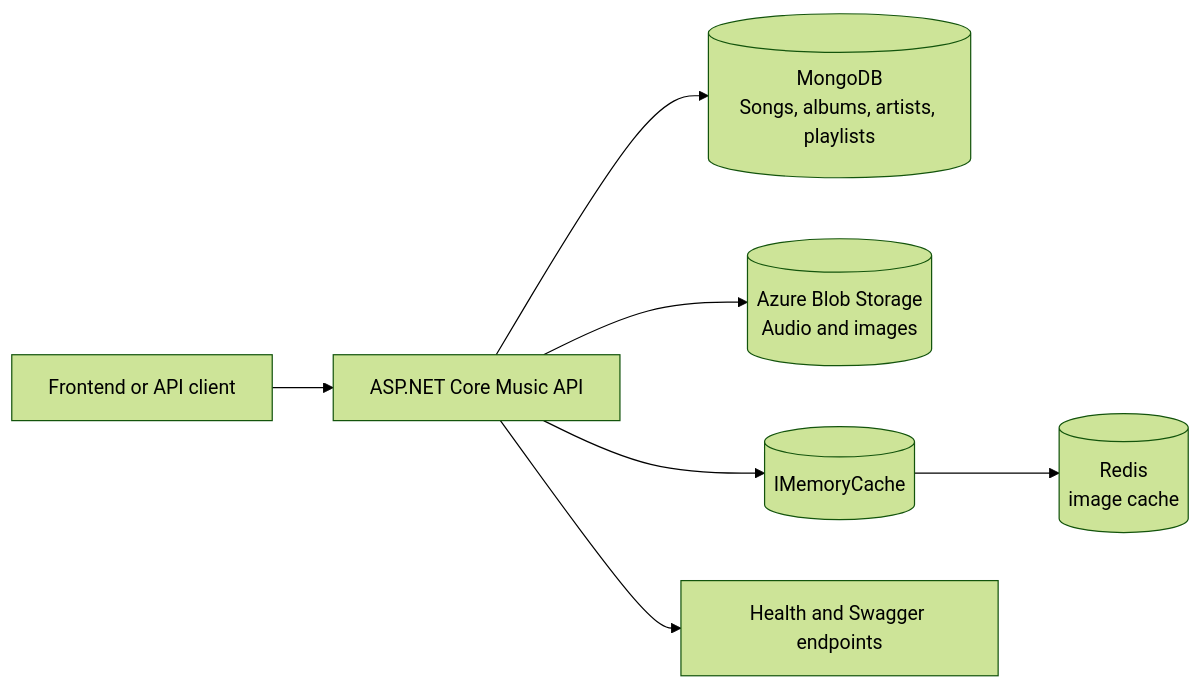
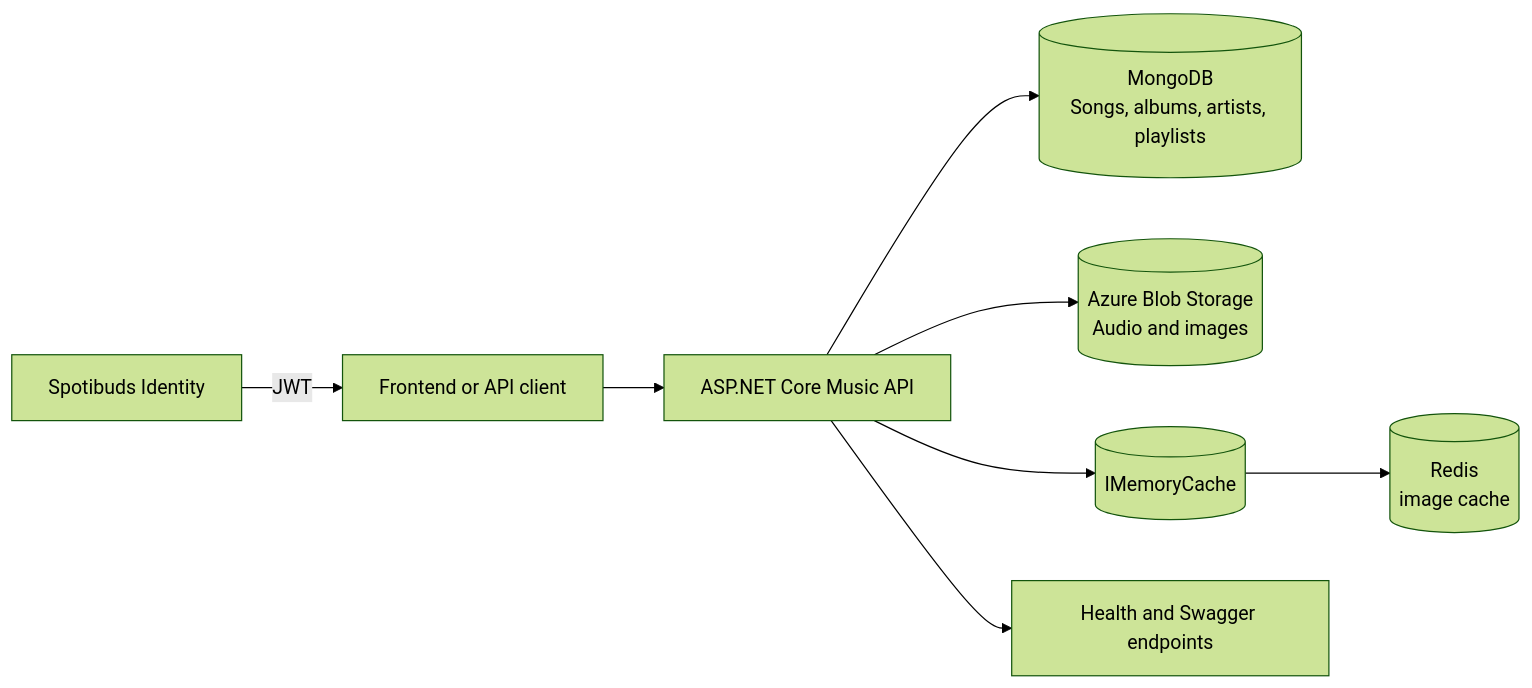
One commit to Spotibuds/Music changed the diagram in docs/architecture.md. Above: the diagram before and after it, drawn with Mermaid (forest theme). The commit also changed other lines of this file and 1 other file, not shown here.

````diff
--- a/docs/architecture.md
+++ b/docs/architecture.md
@@ -3,9 +3,10 @@
 ```mermaid
 flowchart LR
     Client[Frontend or API client] --> Api[ASP.NET Core Music API]
+    Identity[Spotibuds Identity] -->|JWT| Client
     Api --> Mongo[(MongoDB\nSongs, albums, artists, playlists)]
     Api --> Blob[(Azure Blob Storage\nAudio and images)]
     Api --> Memory[(IMemoryCache)]
     Memory --> Redis[(Redis\nimage cache)]
     Api --> Health[Health and Swagger endpoints]
 ```
````
